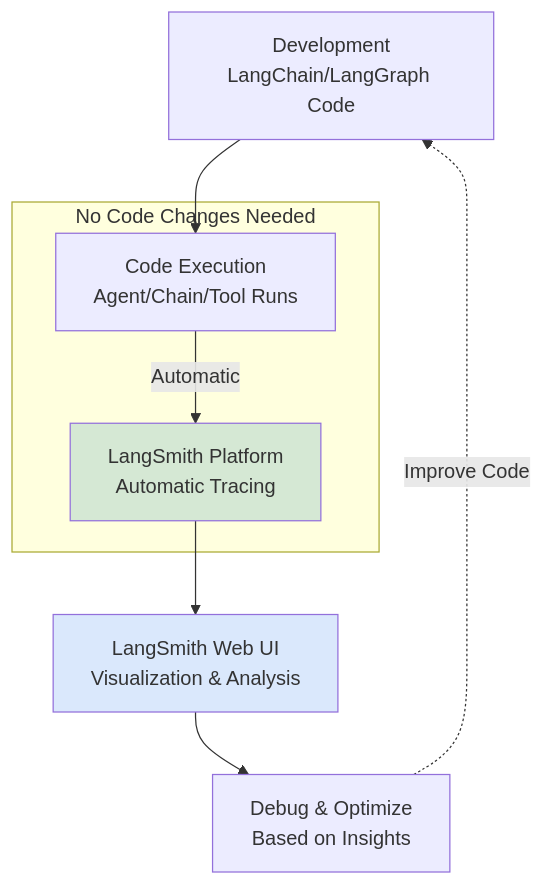
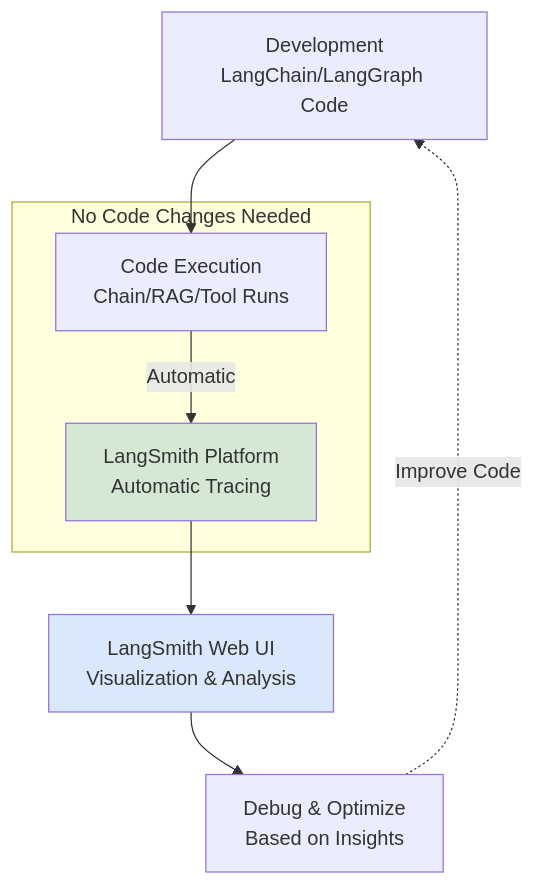
The first of 5 diagrams in docs/05-frameworks/einsteiger-langsmith.md (ralf-42/Agenten), drawn with Mermaid before and after one commit. The commit also changed other lines of this file and 47 other files, not shown here.

````diff
--- a/docs/05-frameworks/einsteiger-langsmith.md
+++ b/docs/05-frameworks/einsteiger-langsmith.md
@@ -45,22 +45,22 @@
 ```mermaid
 flowchart TB
     DEV[Development<br/>LangChain/LangGraph Code]
-    RUN[Code Execution<br/>Agent/Chain/Tool Runs]
+    RUN[Code Execution<br/>Chain/RAG/Tool Runs]
     LANGSMITH[LangSmith Platform<br/>Automatic Tracing]
     UI[LangSmith Web UI<br/>Visualization & Analysis]
     DEBUG[Debug & Optimize<br/>Based on Insights]
 
     DEV --> RUN
     RUN -->|Automatic| LANGSMITH
     LANGSMITH --> UI
     UI --> DEBUG
     DEBUG -.Improve Code.-> DEV
 
     subgraph "No Code Changes Needed"
         RUN
         LANGSMITH
     end
 
     style LANGSMITH fill:#d5e8d4
     style UI fill:#dae8fc
 ```
````
